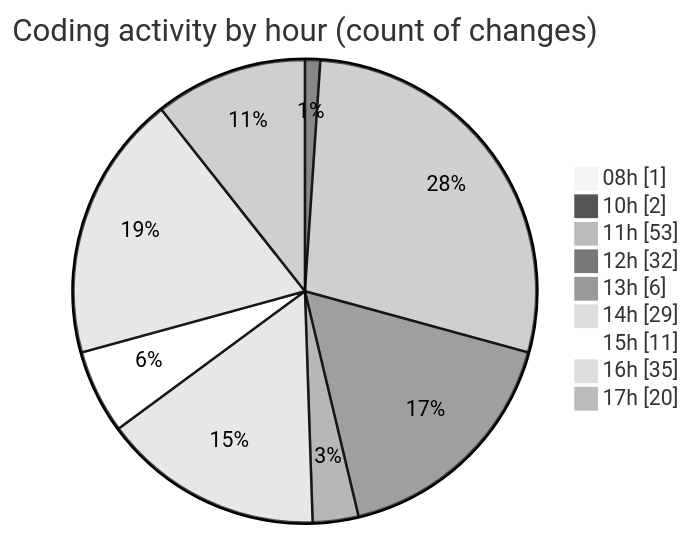
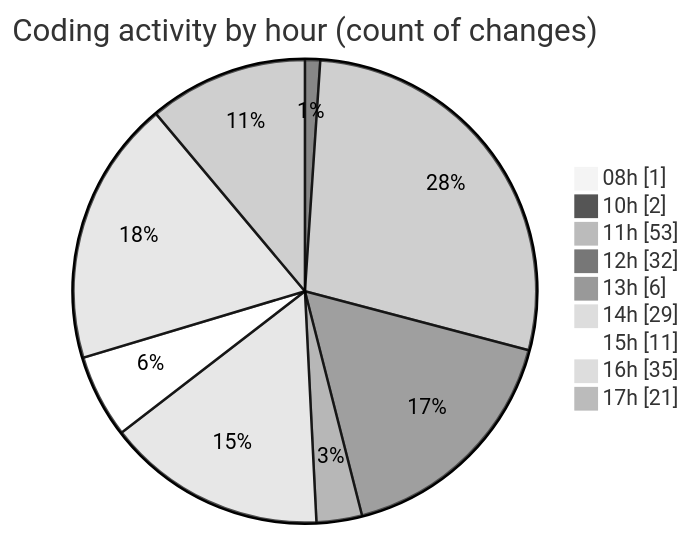
The second of 2 diagrams in 2025-07-03/cda/README.md (momahboobian/code-tracking), drawn with Mermaid (neutral theme) before and after one commit. The commit also changed other lines of this file and 1 other file, not shown here.

````diff
--- a/2025-07-03/cda/README.md
+++ b/2025-07-03/cda/README.md
@@ -54,13 +54,13 @@
 ```mermaid
 pie showData
 title Coding activity by hour (count of changes)
 "08h" : 1
 "10h" : 2
 "11h" : 53
 "12h" : 32
 "13h" : 6
 "14h" : 29
 "15h" : 11
 "16h" : 35
-"17h" : 20
+"17h" : 21
 ```
````
